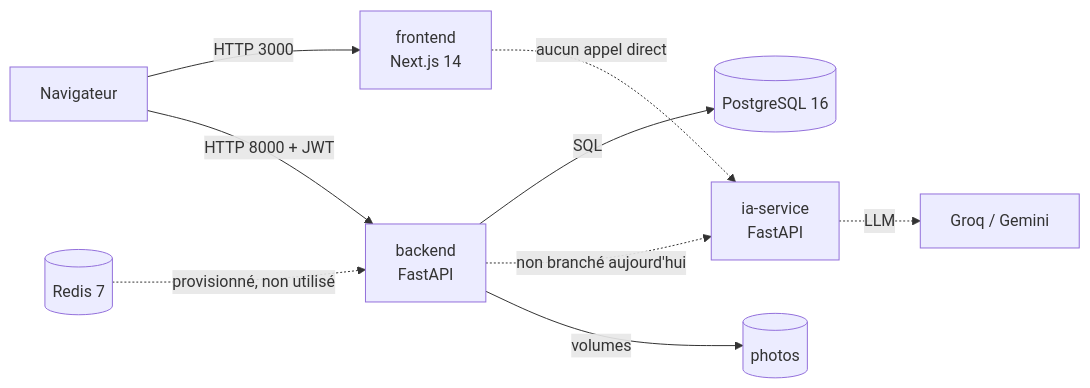
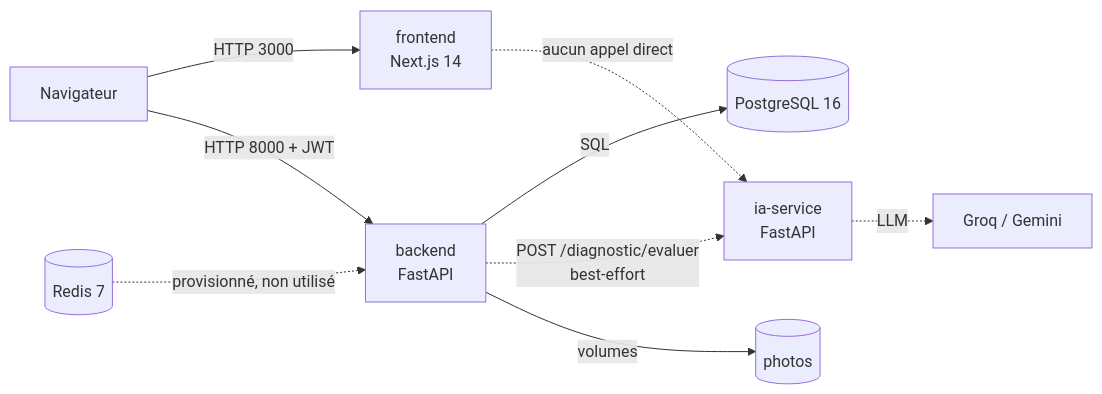
One commit to Fafa008/langue_IA changed the diagram in docs/architecture/README.md. Above: the diagram before and after it, drawn with Mermaid. The commit also changed other lines of this file and 11 other files, not shown here.

````diff
--- a/docs/architecture/README.md
+++ b/docs/architecture/README.md
@@ -40,11 +44,11 @@
 ```mermaid
 graph LR
     NAV[Navigateur] -->|HTTP 3000| F[frontend<br/>Next.js 14]
     NAV -->|HTTP 8000 + JWT| B[backend<br/>FastAPI]
     B -->|SQL| DB[(PostgreSQL 16)]
-    B -.->|non branché aujourd'hui| IA[ia-service<br/>FastAPI]
+    B -.->|POST /diagnostic/evaluer<br/>best-effort| IA[ia-service<br/>FastAPI]
     F -.->|aucun appel direct| IA
     IA -.->|LLM| EXT[Groq / Gemini]
     B -->|volumes| MEDIA[(photos)]
     R[(Redis 7)] -.->|provisionné, non utilisé| B
 ```
````
